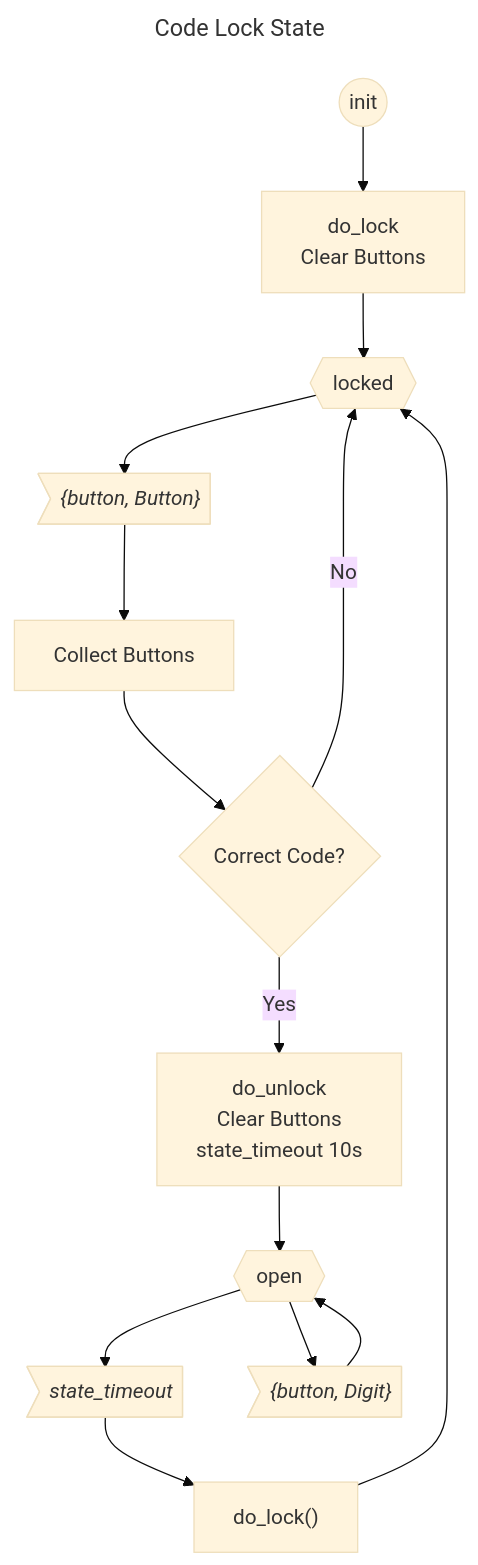
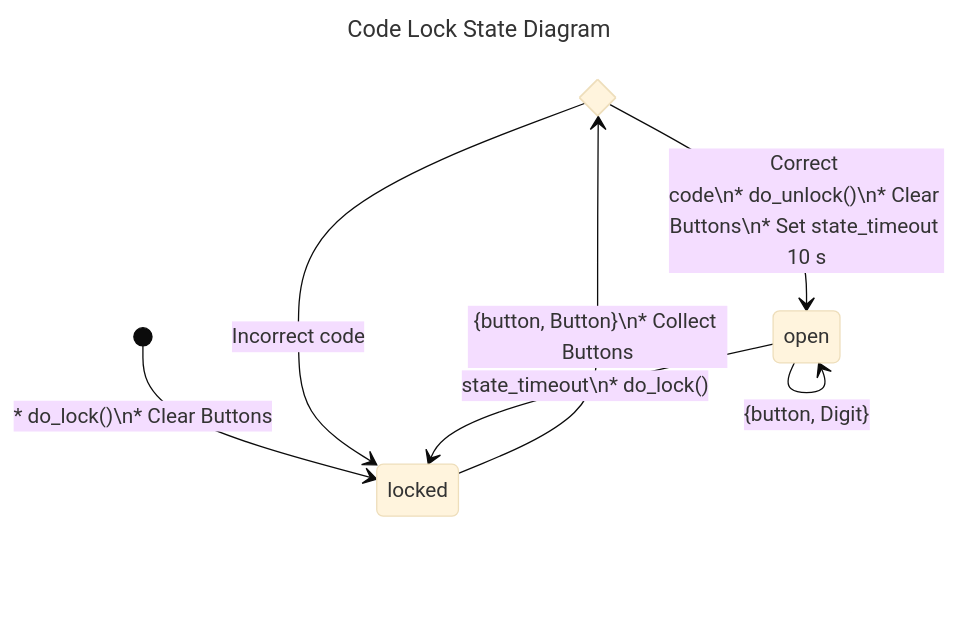
The first of 2 diagrams in system/doc/design_principles/statem.md (erlang/otp), drawn with Mermaid (base theme) before and after one commit. The commit also changed other lines of this file, not shown here.

Commit message:
Use Murmaid state diagrams in example

````diff
--- a/system/doc/design_principles/statem.md
+++ b/system/doc/design_principles/statem.md
@@ -518,20 +519,16 @@
 ```mermaid
 ---
-title: Code Lock State
+title: Code Lock State Diagram
 ---
+stateDiagram-v2
+    state check_code <<choice>>
 
-flowchart TD
-    init((init)) --> a[do_lock\nClear Buttons]
-    a --> locked{{locked}}
-    locked --> b>"`*{button, Button}*`"]
-    b --> c[Collect Buttons]
-    c --> correct?{Correct Code?}
-    correct? -->|No| locked
-    correct? -->
-        |Yes| d[do_unlock\nClear Buttons\nstate_timeout 10s]
-    d --> open{{open}}
-    open --> e>"`*state_timeout*`"]
-    e --> f["do_lock()"]
-    f --> locked
-    open --> g>"`*{button, Digit}*`"] --> open
+    [*]         --> locked : * do_lock()\n* Clear Buttons
+
+    locked      --> check_code : {button, Button}\n* Collect Buttons
+    check_code  --> locked     : Incorrect code
+    check_code  --> open       : Correct code\n* do_unlock()\n* Clear Buttons\n* Set state_timeout 10 s
+
+    open        --> open   : {button, Digit}
+    open        --> locked : state_timeout\n* do_lock()
 ```
````
